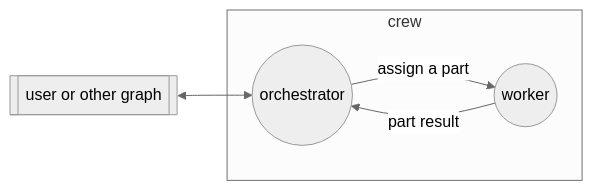
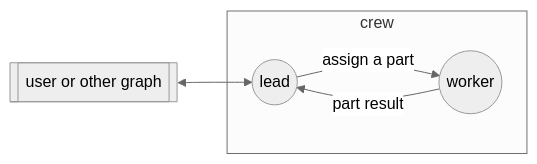
One commit to agent-habilis/agent-gossip changed the diagram in .agent-graph/crew/index.md. Above: the diagram before and after it, drawn with Mermaid (neutral theme). The commit also changed other lines of this file and 2 other files, not shown here.

Commit message:
chore: rename the crew orchestrator node to lead

````diff
--- a/.agent-graph/crew/index.md
+++ b/.agent-graph/crew/index.md
@@ -9,11 +9,11 @@
 ```mermaid
 flowchart LR
   subgraph crew
-    orchestrator(("orchestrator")):::lead
+    lead(("lead")):::lead
     worker(("worker"))
-    orchestrator assign@-->|"assign a part"| worker
-    worker part-result@-->|"part result"| orchestrator
+    lead assign@-->|"assign a part"| worker
+    worker part-result@-->|"part result"| lead
   end
   outside[["user or other graph"]]
-  outside external@<--> orchestrator
+  outside external@<--> lead
 ```
````
